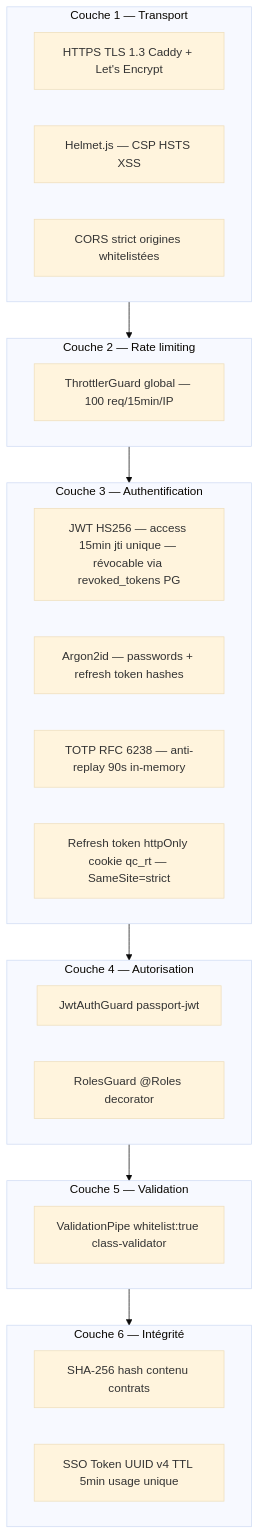
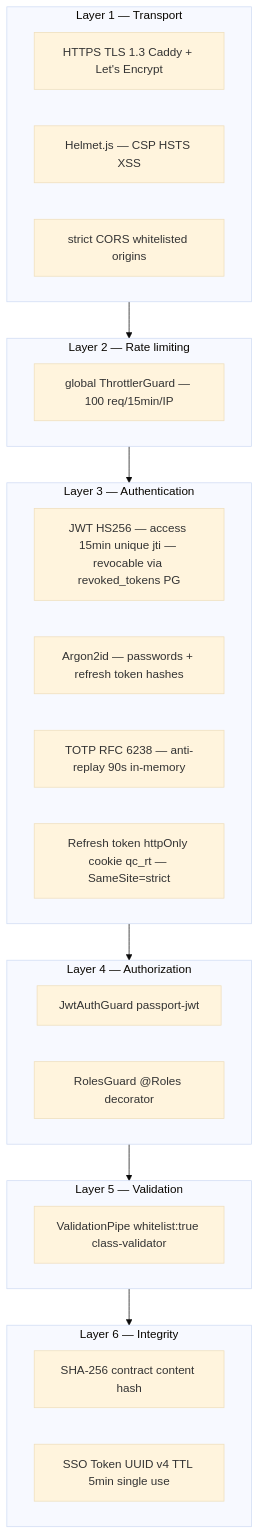
Before and after one commit to creibaud/QuartierConnect: diagram 17 of 21 in docs/ARCHITECTURE.md, drawn with Mermaid (base theme). The commit also changed other lines of this file and 155 other files, not shown here.

````diff
--- a/docs/ARCHITECTURE.md
+++ b/docs/ARCHITECTURE.md
@@ -663,30 +665,30 @@
 ```mermaid
 graph TD
-    subgraph L1["Couche 1 — Transport"]
+    subgraph L1["Layer 1 — Transport"]
         HTTPS[HTTPS TLS 1.3 Caddy + Let's Encrypt]
         HELMET[Helmet.js — CSP HSTS XSS]
-        CORS[CORS strict origines whitelistées]
+        CORS[strict CORS whitelisted origins]
     end
-    subgraph L2["Couche 2 — Rate limiting"]
-        THROTTLE[ThrottlerGuard global — 100 req/15min/IP]
+    subgraph L2["Layer 2 — Rate limiting"]
+        THROTTLE[global ThrottlerGuard — 100 req/15min/IP]
     end
-    subgraph L3["Couche 3 — Authentification"]
-        JWT[JWT HS256 — access 15min jti unique — révocable via revoked_tokens PG]
+    subgraph L3["Layer 3 — Authentication"]
+        JWT[JWT HS256 — access 15min unique jti — revocable via revoked_tokens PG]
         ARGON2[Argon2id — passwords + refresh token hashes]
         TOTP[TOTP RFC 6238 — anti-replay 90s in-memory]
         COOKIE[Refresh token httpOnly cookie qc_rt — SameSite=strict]
     end
-    subgraph L4["Couche 4 — Autorisation"]
+    subgraph L4["Layer 4 — Authorization"]
         JWTG[JwtAuthGuard passport-jwt]
         ROLESG[RolesGuard @Roles decorator]
     end
-    subgraph L5["Couche 5 — Validation"]
+    subgraph L5["Layer 5 — Validation"]
         PIPE[ValidationPipe whitelist:true class-validator]
     end
-    subgraph L6["Couche 6 — Intégrité"]
-        SHA[SHA-256 hash contenu contrats]
-        SSO2[SSO Token UUID v4 TTL 5min usage unique]
+    subgraph L6["Layer 6 — Integrity"]
+        SHA[SHA-256 contract content hash]
+        SSO2[SSO Token UUID v4 TTL 5min single use]
     end
 
     L1 --> L2 --> L3 --> L4 --> L5 --> L6
 ```
````
